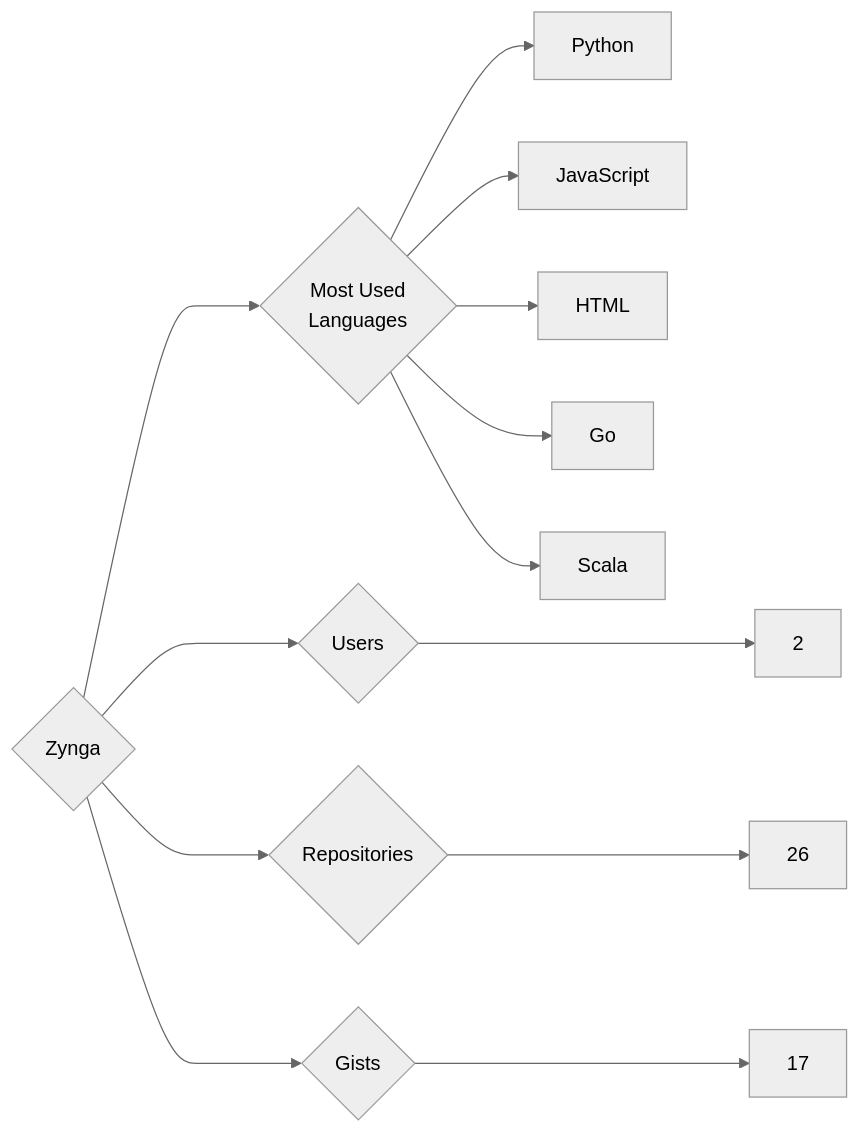
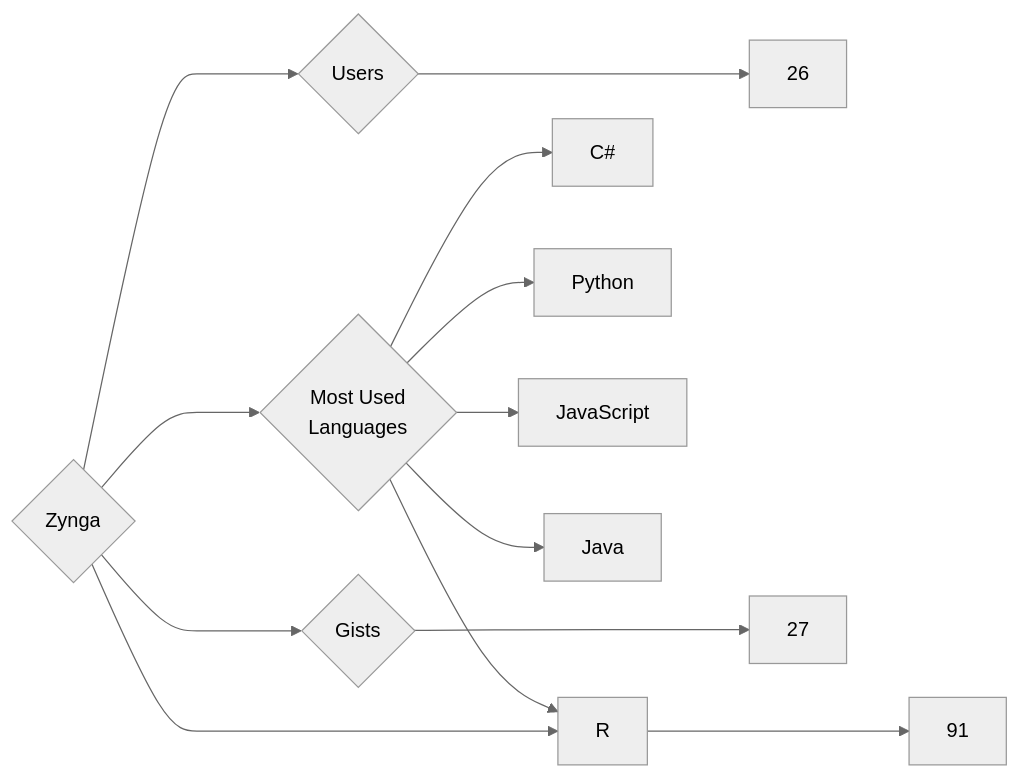
Before and after one commit to trickest/insiders: the diagram in targets/Zynga/README.md, drawn with Mermaid (neutral theme). The commit also changed 955 other files, not shown here.

````diff
--- a/targets/Zynga/README.md
+++ b/targets/Zynga/README.md
@@ -3,13 +3,13 @@
 ```mermaid
 graph LR
 COMPANY_NAME{Zynga}
-COMPANY_NAME ---> U{Users} ---> UN[2]
-COMPANY_NAME ---> R{Repositories} ---> RN[26]
-COMPANY_NAME ---> G{Gists} ---> GN[17]
+COMPANY_NAME ---> U{Users} ---> UN[26]
+COMPANY_NAME ---> R{Repositories} ---> RN[91]
+COMPANY_NAME ---> G{Gists} ---> GN[27]
 COMPANY_NAME ---> ML{Most Used<br>Languages}
+ML --> C#[C#]
+ML --> R[R]
 ML --> Python[Python]
 ML --> JavaScript[JavaScript]
-ML --> HTML[HTML]
-ML --> Go[Go]
-ML --> Scala[Scala]
+ML --> Java[Java]
 ```
````
